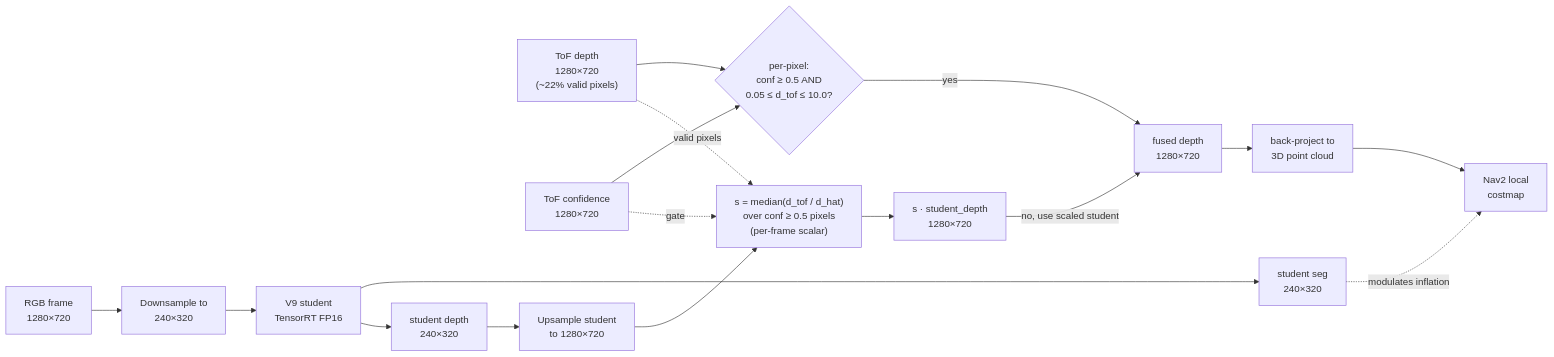
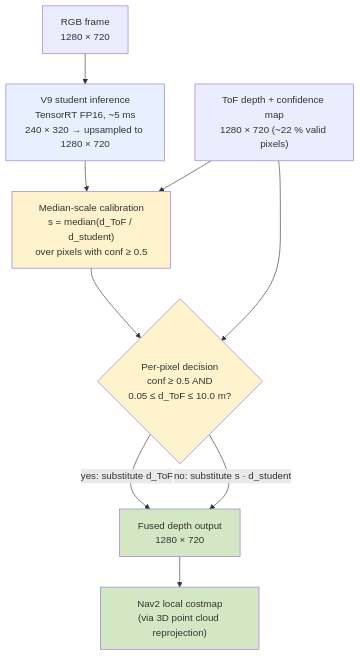
Before and after one commit to Nishant-ZFYII/ml_inference: the third of 4 diagrams in docs/architecture.md, drawn with Mermaid. The commit also changed other lines of this file and 6 other files, not shown here.

```diff
--- a/docs/architecture.md
+++ b/docs/architecture.md
@@ -113,39 +93,29 @@
 <div class="mermaid">
-flowchart LR
-    RGB["RGB frame<br/>1280×720"]
-    TOF["ToF depth<br/>1280×720<br/>(~22% valid pixels)"]
-    CONF["ToF confidence<br/>1280×720"]
+flowchart TB
+    RGB["RGB frame<br/>1280 × 720"]
+    TOF["ToF depth + confidence map<br/>1280 × 720 (~22 % valid pixels)"]
 
-    DOWN["Downsample to<br/>240×320"]
-    STUDENT["V9 student<br/>TensorRT FP16"]
-    SDEPTH["student depth<br/>240×320"]
-    SSEG["student seg<br/>240×320"]
+    STUDENT["V9 student inference<br/>TensorRT FP16, ~5 ms<br/>240 × 320 → upsampled to 1280 × 720"]
 
-    UP["Upsample student<br/>to 1280×720"]
+    SCALE["Median-scale calibration<br/>s = median(d_ToF / d_student)<br/>over pixels with conf ≥ 0.5"]
 
-    SCALE["s = median(d_tof / d_hat)<br/>over conf ≥ 0.5 pixels<br/>(per-frame scalar)"]
-    SCALED["s · student_depth<br/>1280×720"]
+    GATE{"Per-pixel decision<br/>conf ≥ 0.5 AND<br/>0.05 ≤ d_ToF ≤ 10.0 m?"}
 
-    GATE{"per-pixel:<br/>conf ≥ 0.5 AND<br/>0.05 ≤ d_tof ≤ 10.0?"}
-    FUSED["fused depth<br/>1280×720"]
+    FUSED["Fused depth output<br/>1280 × 720"]
+    NAV["Nav2 local costmap<br/>(via 3D point cloud reprojection)"]
 
-    PCL["back-project to<br/>3D point cloud"]
-    NAV["Nav2 local<br/>costmap"]
+    RGB --> STUDENT
+    STUDENT --> SCALE
+    TOF --> SCALE
+    SCALE --> GATE
+    TOF --> GATE
+    GATE -->|"yes: substitute d_ToF"| FUSED
+    GATE -->|"no: substitute s · d_student"| FUSED
+    FUSED --> NAV
 
-    RGB --> DOWN --> STUDENT
-    STUDENT --> SDEPTH
-    STUDENT --> SSEG
-    SDEPTH --> UP
-    UP --> SCALE
-    TOF -.valid pixels.-> SCALE
-    CONF -.gate.-> SCALE
-    SCALE --> SCALED
-
-    TOF --> GATE
-    CONF --> GATE
-    GATE -- "yes" --> FUSED
-    SCALED -- "no, use scaled student" --> FUSED
-
-    FUSED --> PCL --> NAV
-    SSEG -.modulates inflation.-> NAV
+    style STUDENT fill:#e8f0ff
+    style SCALE fill:#fff3cd
+    style GATE fill:#fff3cd
+    style FUSED fill:#d4e7c5
+    style NAV fill:#d4e7c5
 </div>
```
